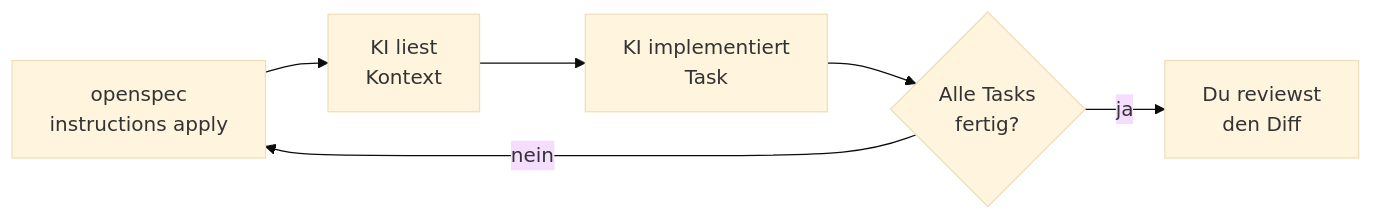
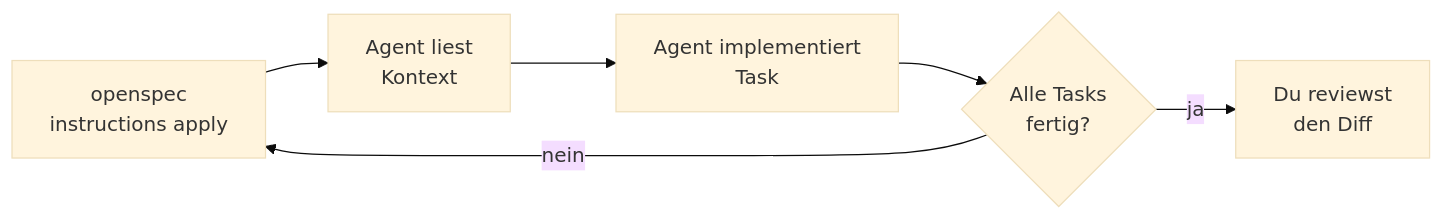
Before and after one commit to Gepardec/openspec-workshop: the second of 2 diagrams in slides/pages/05-cli-agent-bridge.md, drawn with Mermaid (base theme). The commit also changed other lines of this file and 6 other files, not shown here.

````diff
--- a/slides/pages/05-cli-agent-bridge.md
+++ b/slides/pages/05-cli-agent-bridge.md
@@ -137,8 +137,8 @@
 ```mermaid
 flowchart LR
-    INS["openspec\ninstructions apply"] --> READ["KI liest\nKontext"]
-    READ --> IMPL["KI implementiert\nTask"]
+    INS["openspec\ninstructions apply"] --> READ["Agent liest\nKontext"]
+    READ --> IMPL["Agent implementiert\nTask"]
     IMPL --> CHECK{"Alle Tasks\nfertig?"}
     CHECK -->|nein| INS
     CHECK -->|ja| DONE["Du reviewst\nden Diff"]
 ```
````
